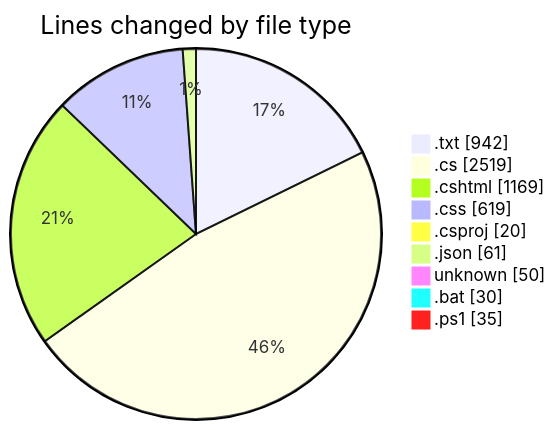
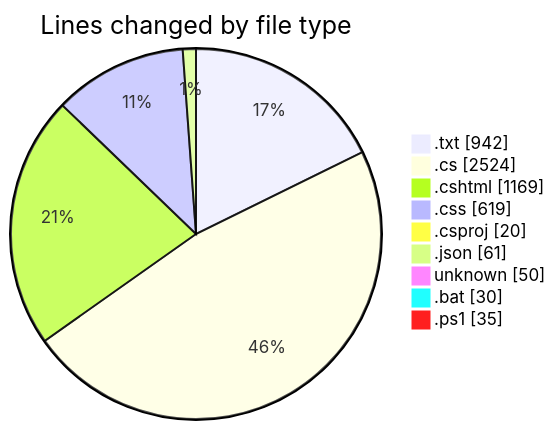
The first of 2 diagrams in 2025-07-26/quanlyrapchieuphim-1/README.md (lephambinh05/code-tracking), drawn with Mermaid before and after one commit. The commit also changed other lines of this file and 1 other file, not shown here.

````diff
--- a/2025-07-26/quanlyrapchieuphim-1/README.md
+++ b/2025-07-26/quanlyrapchieuphim-1/README.md
@@ -37,13 +37,13 @@
 ```mermaid
 pie showData
 title Lines changed by file type
 ".txt" : 942
-".cs" : 2519
+".cs" : 2524
 ".cshtml" : 1169
 ".css" : 619
 ".csproj" : 20
 ".json" : 61
 "unknown" : 50
 ".bat" : 30
 ".ps1" : 35
 ```
````
